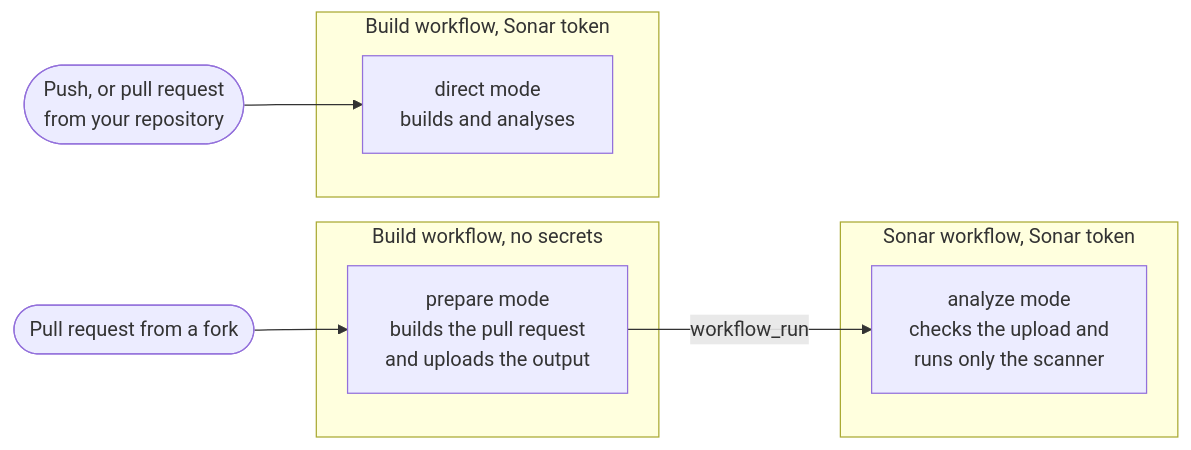
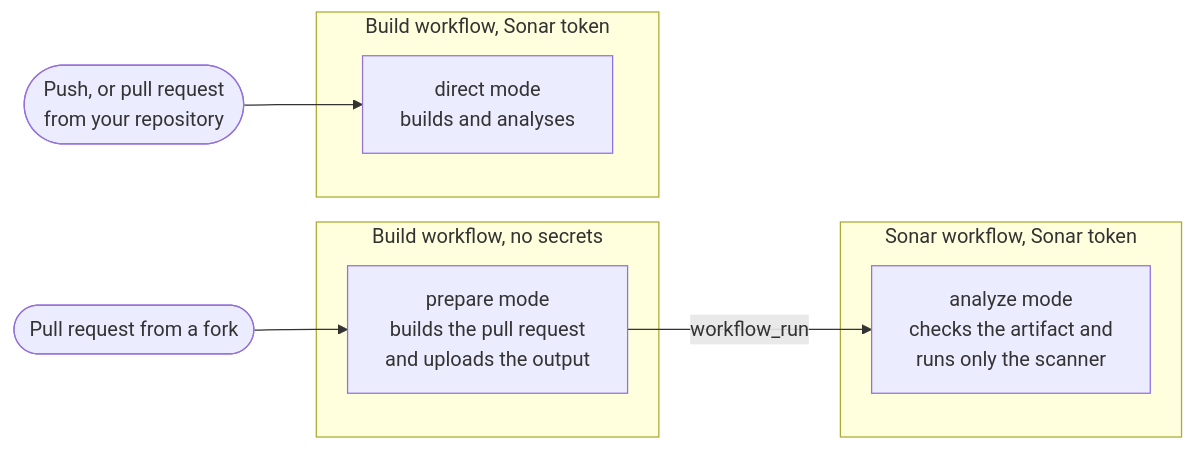
The diagram in README.md (EvaristeGalois11/sonar-fork-analysis), drawn with Mermaid before and after one commit. The commit also changed other lines of this file and 2 other files, not shown here.

Commit message:
Call the build's artifact an artifact

````diff
--- a/README.md
+++ b/README.md
@@ -40,15 +40,15 @@
 ```mermaid
 flowchart LR
   fork(["Pull request from a fork"]) --> prepare
   subgraph build["Build workflow, no secrets"]
     prepare["prepare mode<br/>builds the pull request<br/>and uploads the output"]
   end
   prepare -- "workflow_run" --> analyze
   subgraph sonar["Sonar workflow, Sonar token"]
-    analyze["analyze mode<br/>checks the upload and<br/>runs only the scanner"]
+    analyze["analyze mode<br/>checks the artifact and<br/>runs only the scanner"]
   end
   own(["Push, or pull request<br/>from your repository"]) --> direct
   subgraph trusted["Build workflow, Sonar token"]
     direct["direct mode<br/>builds and analyses"]
   end
 ```
````
